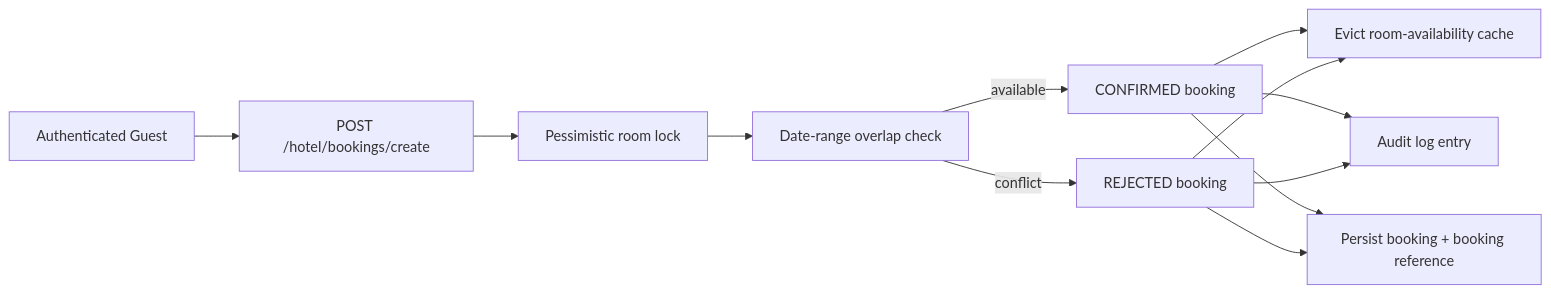
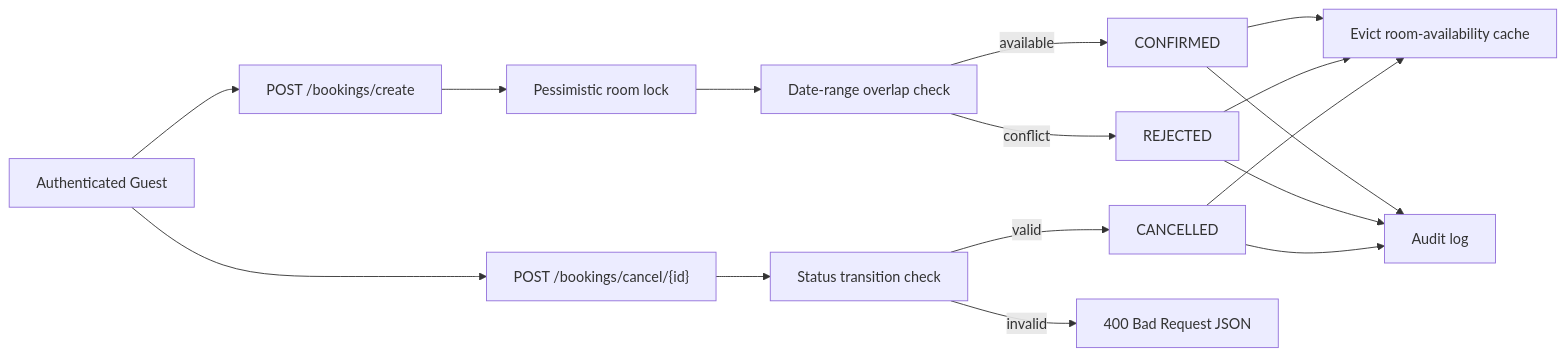
One commit to byte2code/hotel-management-api changed the second of 3 diagrams in README.md. Above: the diagram before and after it, drawn with Mermaid. The commit also changed other lines of this file and 1 other file, not shown here.

Commit message:
Add README badges and refresh architecture diagrams

````diff
--- a/README.md
+++ b/README.md
@@ -246,14 +252,22 @@
 ```mermaid
 flowchart LR
-    Guest[Authenticated Guest] --> BookingRequest["POST /hotel/bookings/create"]
-    BookingRequest --> RoomLock["Pessimistic room lock"]
-    RoomLock --> Availability["Date-range overlap check"]
-    Availability -->|available| Confirmed["CONFIRMED booking"]
-    Availability -->|conflict| Rejected["REJECTED booking"]
+    Guest["Authenticated Guest"] --> Create["POST /bookings/create"]
+    Guest --> Cancel["POST /bookings/cancel/{id}"]
+
+    Create --> RoomLock["Pessimistic room lock"]
+    RoomLock --> Overlap["Date-range overlap check"]
+    Overlap -->|available| Confirmed["CONFIRMED"]
+    Overlap -->|conflict| Rejected["REJECTED"]
+
+    Cancel --> StateCheck["Status transition check"]
+    StateCheck -->|valid| Cancelled["CANCELLED"]
+    StateCheck -->|invalid| Error["400 Bad Request JSON"]
+
     Confirmed --> CacheEvict["Evict room-availability cache"]
     Rejected --> CacheEvict
-    Confirmed --> Audit["Audit log entry"]
+    Cancelled --> CacheEvict
+
+    Confirmed --> Audit["Audit log"]
     Rejected --> Audit
-    Confirmed --> Persist["Persist booking + booking reference"]
-    Rejected --> Persist
+    Cancelled --> Audit
 ```
````
